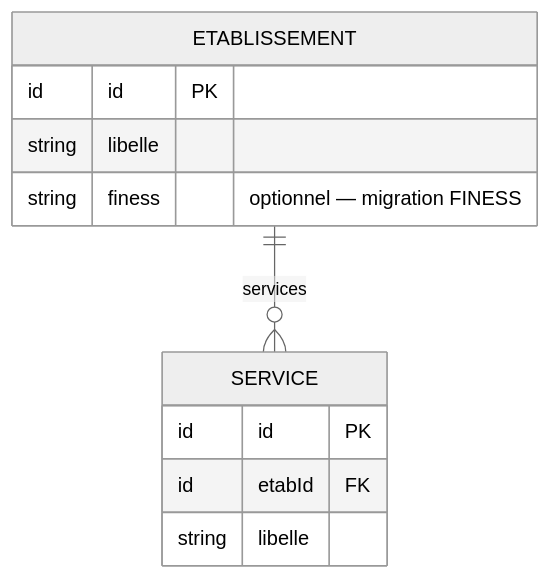
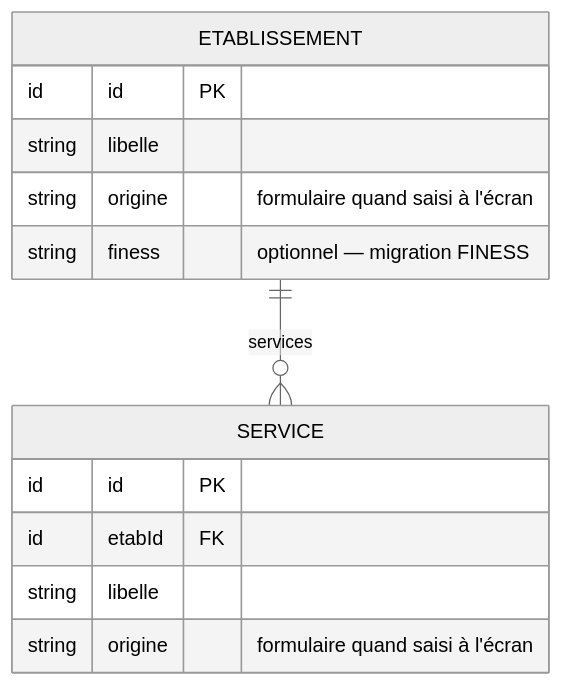
One commit to betagouv/transport-sanitaire changed the second of 2 diagrams in apps/simulateur-eligibilite/docs/knowledge/adr/identification.md. Above: the diagram before and after it, drawn with Mermaid (neutral theme). The commit also changed other lines of this file and 23 other files, not shown here.

````diff
--- a/apps/simulateur-eligibilite/docs/knowledge/adr/identification.md
+++ b/apps/simulateur-eligibilite/docs/knowledge/adr/identification.md
@@ -257,14 +294,16 @@
 ```mermaid
 erDiagram
     ETABLISSEMENT ||--o{ SERVICE : "services"
     ETABLISSEMENT {
         id id PK
         string libelle
+        string origine "formulaire quand saisi à l'écran"
         string finess "optionnel — migration FINESS"
     }
     SERVICE {
         id id PK
         id etabId FK
         string libelle
+        string origine "formulaire quand saisi à l'écran"
     }
 ```
````
